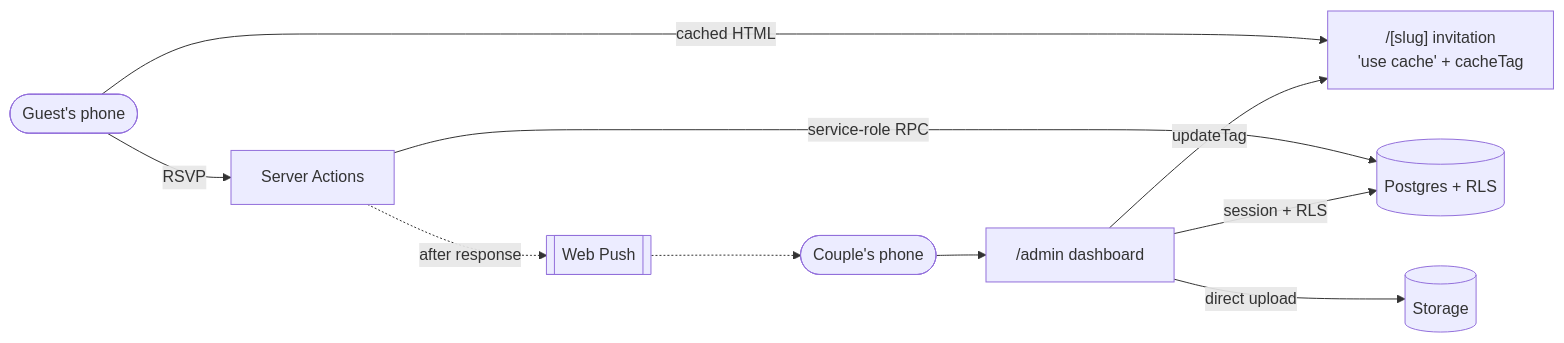
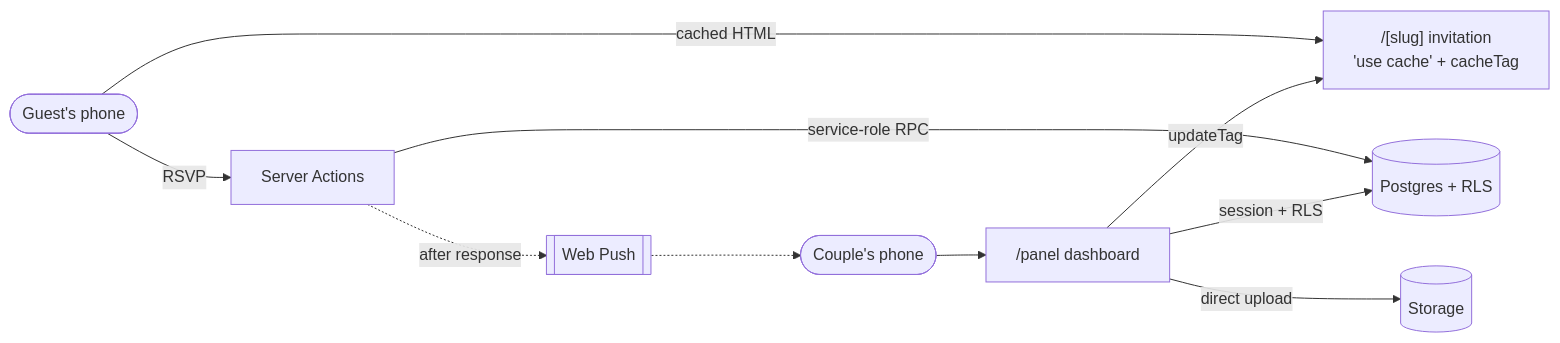
One commit to Daniiel18/plataforma-bodas changed the diagram in README.md. Above: the diagram before and after it, drawn with Mermaid. The commit also changed other lines of this file and 6 other files, not shown here.

````diff
--- a/README.md
+++ b/README.md
@@ -97,12 +99,12 @@
 ```mermaid
 flowchart LR
   Guest([Guest's phone]) -->|cached HTML| INV["/[slug] invitation<br/>'use cache' + cacheTag"]
   Guest -->|RSVP| SA[Server Actions]
   SA -->|service-role RPC| DB[(Postgres + RLS)]
   SA -.->|after response| PUSH[[Web Push]]
   PUSH -.-> Couple([Couple's phone])
-  Couple --> ADM["/admin dashboard"]
+  Couple --> ADM["/panel dashboard"]
   ADM -->|session + RLS| DB
   ADM -->|direct upload| ST[(Storage)]
   ADM -->|updateTag| INV
 ```
````
